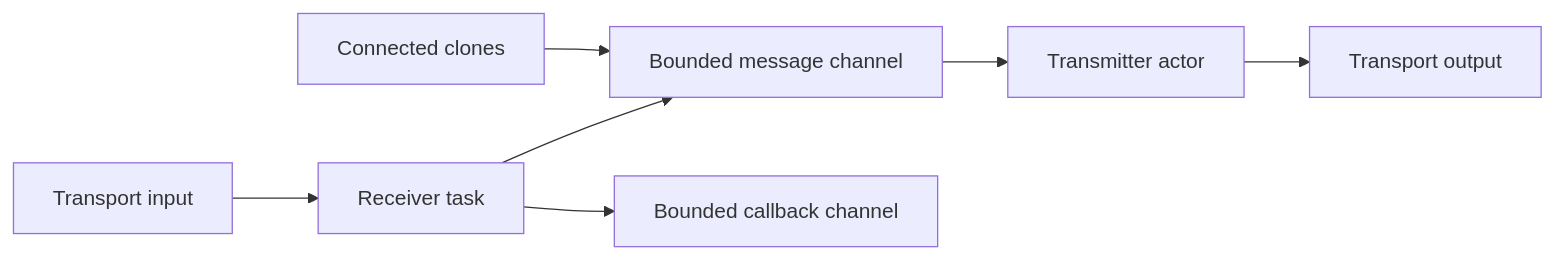
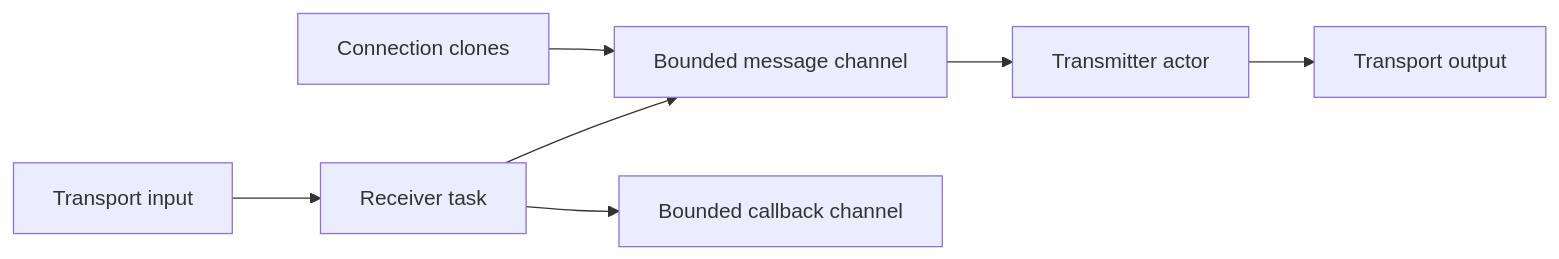
The second of 7 diagrams in ARCHITECTURE.md (PaulmannLighting/ezsp), drawn with Mermaid before and after one commit. The commit also changed other lines of this file and 21 other files, not shown here.

````diff
--- a/ARCHITECTURE.md
+++ b/ARCHITECTURE.md
@@ -93,9 +93,9 @@
 ```mermaid
 flowchart LR
-    handles[Connected clones] --> inbox[Bounded message channel]
+    handles[Connection clones] --> inbox[Bounded message channel]
     inbox --> transmitter[Transmitter actor]
     transmitter --> outbound[Transport output]
     inbound[Transport input] --> receiver[Receiver task]
     receiver --> inbox
     receiver --> callbackQueue[Bounded callback channel]
 ```
````
